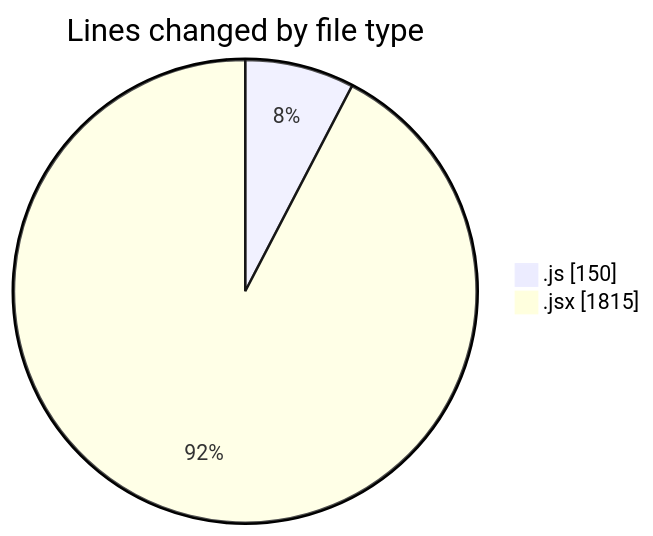
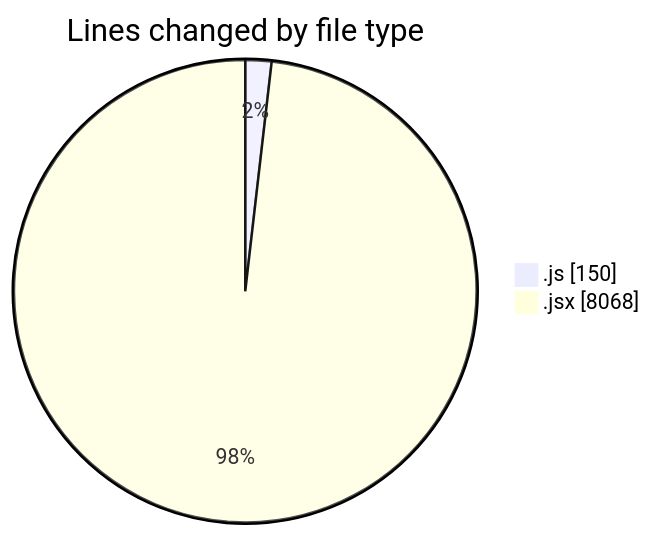
Before and after one commit to nxtqubesakshisongat/code-tracking: the first of 2 diagrams in 2025-07-28/nxtqube_webapp/README.md, drawn with Mermaid. The commit also changed other lines of this file and 1 other file, not shown here.

````diff
--- a/2025-07-28/nxtqube_webapp/README.md
+++ b/2025-07-28/nxtqube_webapp/README.md
@@ -27,6 +40,6 @@
 ```mermaid
 pie showData
 title Lines changed by file type
 ".js" : 150
-".jsx" : 1815
+".jsx" : 8068
 ```
````
